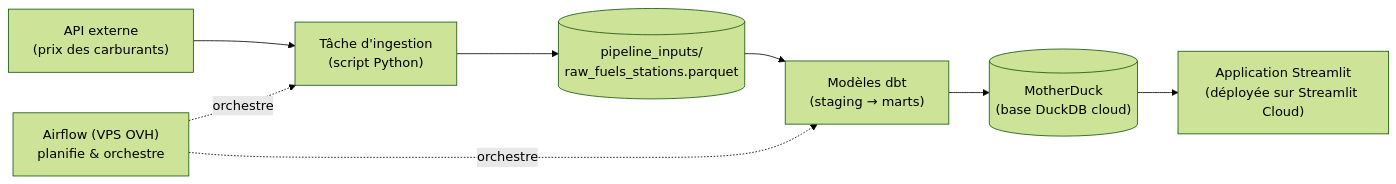
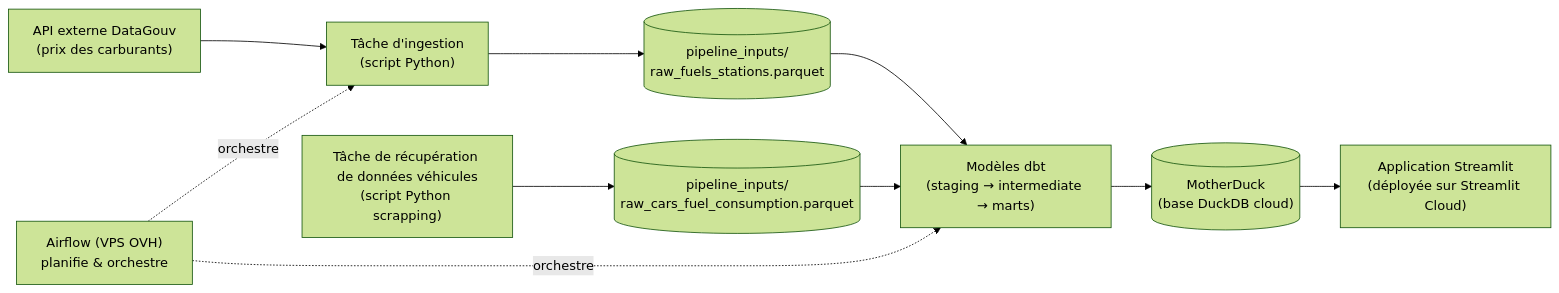
One commit to Zering-Max/fuels-platform changed the diagram in README.md. Above: the diagram before and after it, drawn with Mermaid (forest theme). The commit also changed other lines of this file, not shown here.

````diff
--- a/README.md
+++ b/README.md
@@ -13,10 +13,13 @@
 ```mermaid
 flowchart LR
-    API["API externe<br/>(prix des carburants)"] --> ING["Tâche d'ingestion<br/>(script Python)"]
+    ING_2["Tâche de récupération de données véhicules<br/>(script Python scrapping)"] --> PARQ_2[("pipeline_inputs/<br/>raw_cars_fuel_consumption.parquet")]
+    API["API externe DataGouv<br/>(prix des carburants)"] --> ING["Tâche d'ingestion<br/>(script Python)"]
     ING --> PARQ[("pipeline_inputs/<br/>raw_fuels_stations.parquet")]
-    PARQ --> DBT["Modèles dbt<br/>(staging → marts)"]
+    PARQ --> DBT["Modèles dbt<br/>(staging → intermediate → marts)"]
+    PARQ_2 --> DBT["Modèles dbt<br/>(staging → intermediate → marts)"]
     DBT --> MD[("MotherDuck<br/>(base DuckDB cloud)")]
     MD --> ST["Application Streamlit<br/>(déployée sur Streamlit Cloud)"]
     AF["Airflow (VPS OVH)<br/>planifie & orchestre"] -. orchestre .-> ING
     AF -. orchestre .-> DBT
+
 ```
````
